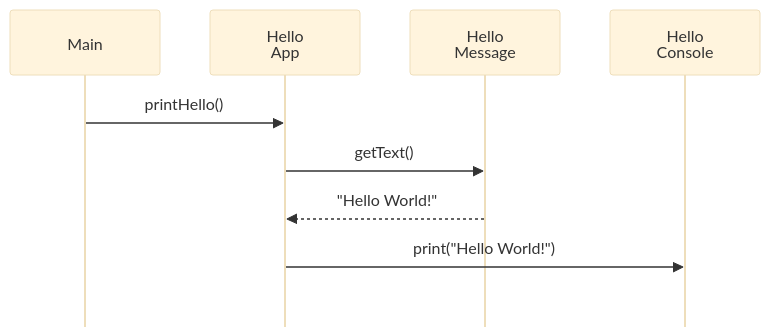
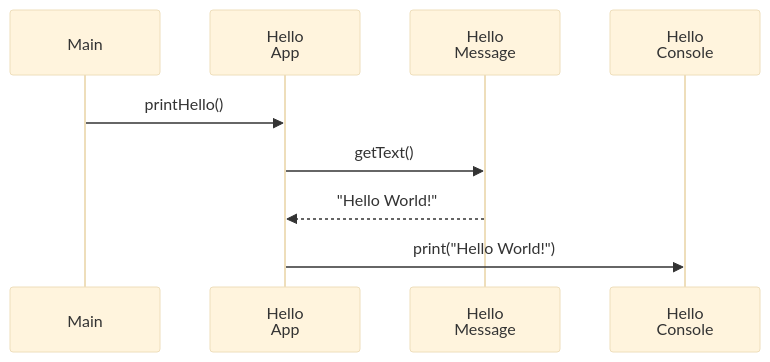
One commit to rogervinas/tests-everywhere changed the first of 3 diagrams in README.md. Above: the diagram before and after it, drawn with Mermaid (base theme).

````diff
--- a/README.md
+++ b/README.md
@@ -5,20 +5,11 @@
 ```mermaid
-%%{
-  init: {
-    "sequence": {
-      "diagramMarginX": 50,
-      "diagramMarginY": 50,
-      "mirrorActors": false
-    }
-  }
-}%%
 sequenceDiagram
   participant Main
   participant HelloApp as Hello<br>App
   participant HelloMessage as Hello<br>Message
   participant HelloConsole as Hello<br>Console
   Main ->> HelloApp: printHello()
   HelloApp ->> HelloMessage: getText()
   HelloMessage -->> HelloApp: "Hello World!"
   HelloApp ->> HelloConsole: print("Hello World!")
 ```
````
